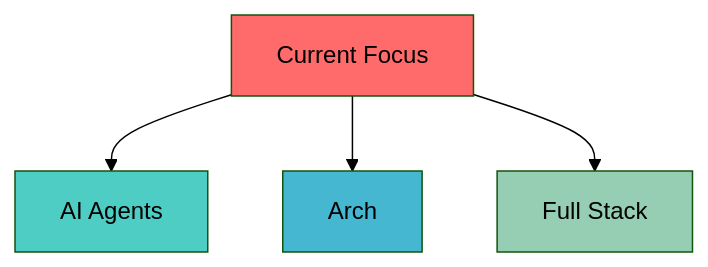
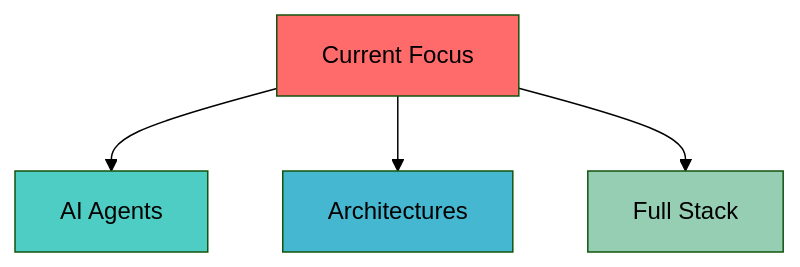
Before and after one commit to Chiranth-Janardhan-moger/Chiranth-Janardhan-moger: the diagram in README.md, drawn with Mermaid (forest theme).

Commit message:
docs: correct Arch node to Architectures in Mermaid diagram

````diff
--- a/README.md
+++ b/README.md
@@ -163,11 +163,11 @@
 ```mermaid
 graph TD
     A[Current Focus] --> B[AI Agents]
-    A --> C[Arch]
+    A --> C[Architectures]
     A --> D[Full Stack]
     
     style A fill:#ff6b6b
     style B fill:#4ecdc4
     style C fill:#45b7d1
     style D fill:#96ceb4
 ```
````
